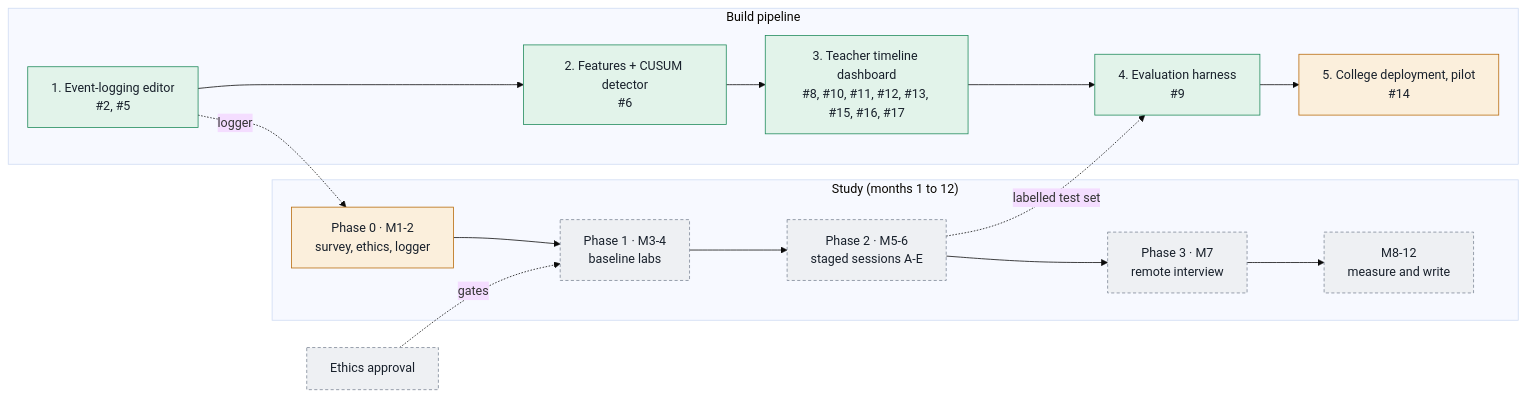
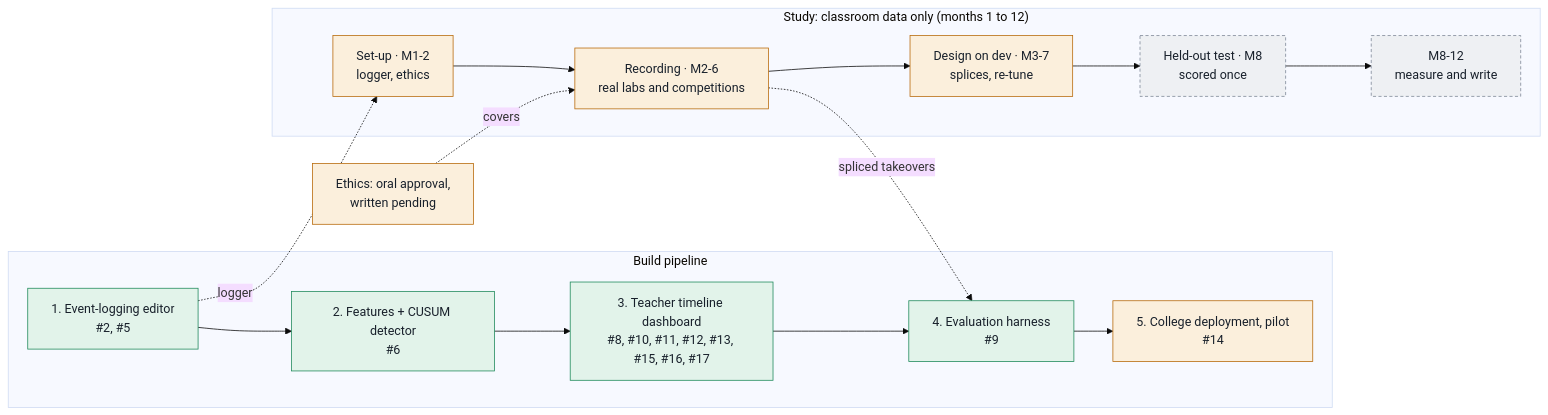
Before and after one commit to codehamster69/student-ide: the diagram in thesis/progress/STATUS.md, drawn with Mermaid (base theme). The commit also changed other lines of this file and 24 other files, not shown here.

First line of the commit message:
Thesis on classroom data only: new RQs, study design, spliced takeovers

````diff
--- a/thesis/progress/STATUS.md
+++ b/thesis/progress/STATUS.md
@@ -14,22 +14,22 @@
 ```mermaid
 flowchart LR
   classDef done fill:#e2f3ea,stroke:#1f8a5b,color:#18202b
   classDef prog fill:#fbefdc,stroke:#b86a0b,color:#18202b
   classDef pend fill:#eef0f3,stroke:#7c8696,stroke-dasharray:4 3,color:#18202b
 
   subgraph Build["Build pipeline"]
     B1["1. Event-logging editor<br/>#2, #5"]:::done --> B2["2. Features + CUSUM detector<br/>#6"]:::done
     B2 --> B3["3. Teacher timeline dashboard<br/>#8, #10, #11, #12, #13, #15, #16, #17"]:::done --> B4["4. Evaluation harness<br/>#9"]:::done
     B4 --> B5["5. College deployment, pilot<br/>#14"]:::prog
   end
 
-  subgraph Study["Study (months 1 to 12)"]
-    P0["Phase 0 · M1-2<br/>survey, ethics, logger"]:::prog --> P1["Phase 1 · M3-4<br/>baseline labs"]:::pend
-    P1 --> P2["Phase 2 · M5-6<br/>staged sessions A-E"]:::pend --> P3["Phase 3 · M7<br/>remote interview"]:::pend
-    P3 --> W["M8-12<br/>measure and write"]:::pend
+  subgraph Study["Study: classroom data only (months 1 to 12)"]
+    S0["Set-up · M1-2<br/>logger, ethics"]:::prog --> S1["Recording · M2-6<br/>real labs and competitions"]:::prog
+    S1 --> S2["Design on dev · M3-7<br/>splices, re-tune"]:::prog --> S3["Held-out test · M8<br/>scored once"]:::pend
+    S3 --> W["M8-12<br/>measure and write"]:::pend
   end
 
-  E["Ethics approval"]:::pend -. gates .-> P1
-  B1 -. logger .-> P0
-  P2 -. labelled test set .-> B4
+  E["Ethics: oral approval,<br/>written pending"]:::prog -. covers .-> S1
+  B1 -. logger .-> S0
+  S1 -. spliced takeovers .-> B4
 ```
````
